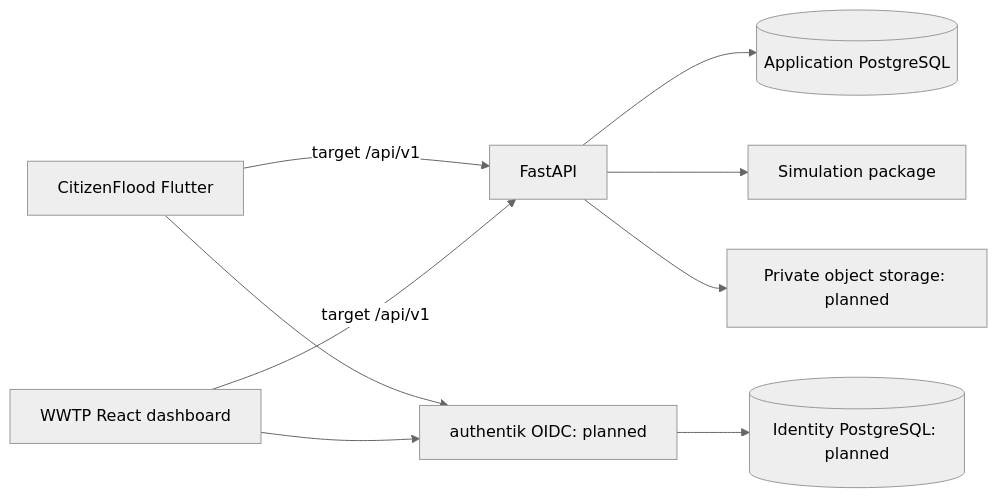
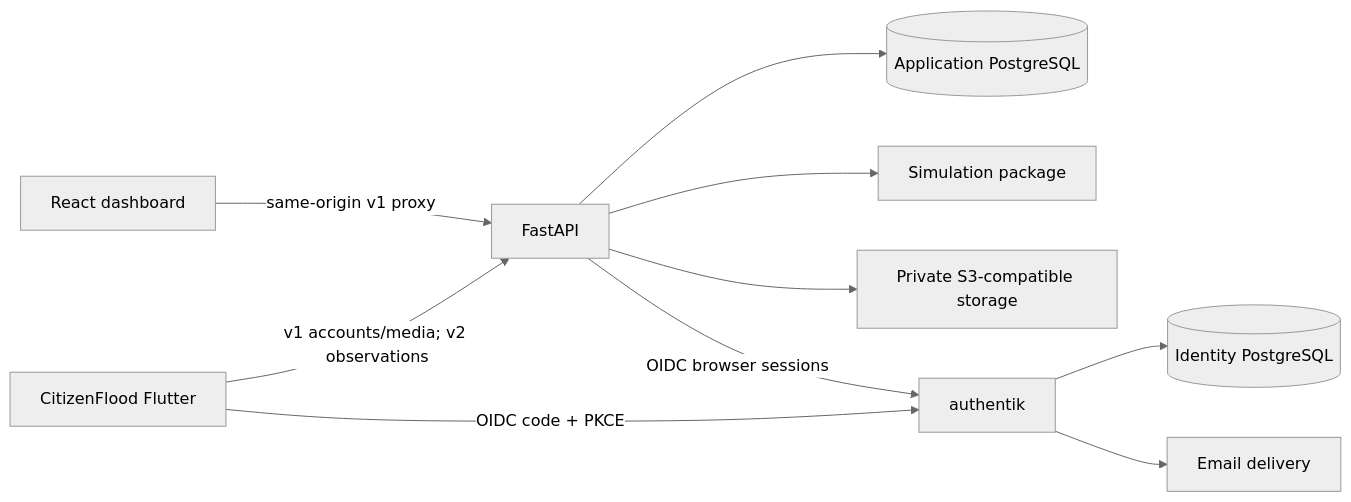
Before and after one commit to Monash-WWTP/monash-platform: the diagram in docs/architecture/README.md, drawn with Mermaid (neutral theme). The commit also changed other lines of this file and 26 other files, not shown here.

````diff
--- a/docs/architecture/README.md
+++ b/docs/architecture/README.md
@@ -5,11 +5,12 @@
 ```mermaid
 flowchart LR
- C[CitizenFlood Flutter] -->|target /api/v1| A[FastAPI]
- W[WWTP React dashboard] -->|target /api/v1| A
+ C[CitizenFlood Flutter] -->|v1 accounts/media; v2 observations| A[FastAPI]
+ W[React dashboard] -->|same-origin v1 proxy| A
  A --> P[(Application PostgreSQL)]
  A --> S[Simulation package]
- A --> O[Private object storage: planned]
- C --> I[authentik OIDC: planned]
- W --> I
- I --> D[(Identity PostgreSQL: planned)]
+ A --> O[Private S3-compatible storage]
+ C -->|OIDC code + PKCE| I[authentik]
+ A -->|OIDC browser sessions| I
+ I --> D[(Identity PostgreSQL)]
+ I --> E[Email delivery]
 ```
````
